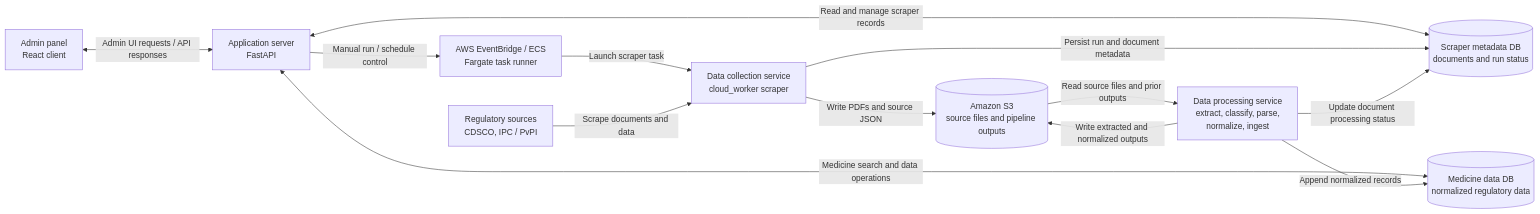
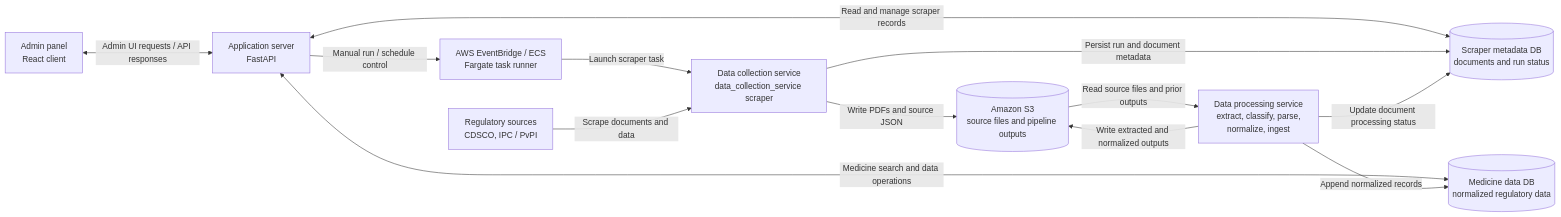
One commit to ShaikFayaz042/medicine-scanner-research changed the diagram in README.md. Above: the diagram before and after it, drawn with Mermaid. The commit also changed other lines of this file and 32 other files, not shown here.

Commit message:
refactor(data-collection): migrate scraper worker to standalone service

````diff
--- a/README.md
+++ b/README.md
@@ -7,25 +7,25 @@
 ```mermaid
 flowchart LR
 	Admin[Admin panel<br/>React client]
 	Server[Application server<br/>FastAPI]
 	Scheduler[AWS EventBridge / ECS<br/>Fargate task runner]
-	Collector[Data collection service<br/>cloud_worker scraper]
+	Collector[Data collection service<br/>data_collection_service scraper]
 	Processor[Data processing service<br/>extract, classify, parse,<br/>normalize, ingest]
 	ScraperDB[(Scraper metadata DB<br/>documents and run status)]
 	MedicineDB[(Medicine data DB<br/>normalized regulatory data)]
 	S3[(Amazon S3<br/>source files and pipeline outputs)]
 	Sources[Regulatory sources<br/>CDSCO, IPC / PvPI]
 
 	Admin <-->|Admin UI requests / API responses| Server
 	Server <-->|Read and manage scraper records| ScraperDB
 	Server <-->|Medicine search and data operations| MedicineDB
 	Server -->|Manual run / schedule control| Scheduler
 	Scheduler -->|Launch scraper task| Collector
 	Sources -->|Scrape documents and data| Collector
 	Collector -->|Persist run and document metadata| ScraperDB
 	Collector -->|Write PDFs and source JSON| S3
 	S3 -->|Read source files and prior outputs| Processor
 	Processor -->|Write extracted and normalized outputs| S3
 	Processor -->|Update document processing status| ScraperDB
 	Processor -->|Append normalized records| MedicineDB
 ```
````
